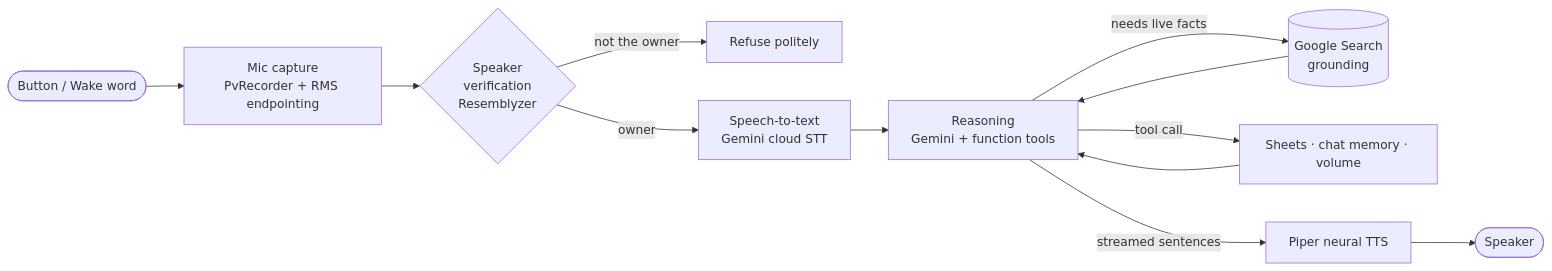
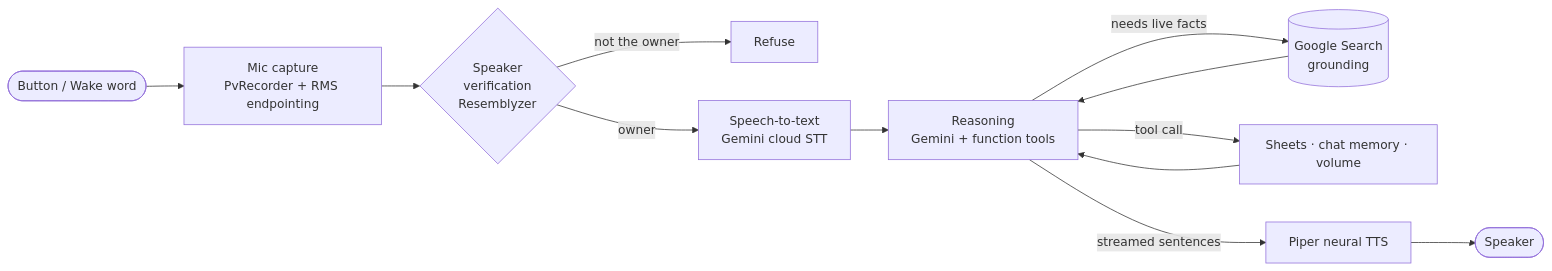
The diagram in README.md (PlaidMod/AI-Voice-Kit), drawn with Mermaid before and after one commit. The commit also changed other lines of this file, not shown here.

````diff
--- a/README.md
+++ b/README.md
@@ -111,14 +63,14 @@
 ```mermaid
 flowchart LR
     A([Button / Wake word]) --> B[Mic capture<br/>PvRecorder + RMS endpointing]
     B --> C{Speaker<br/>verification<br/>Resemblyzer}
-    C -- not the owner --> R[Refuse politely]
+    C -- not the owner --> R[Refuse]
     C -- owner --> D[Speech-to-text<br/>Gemini cloud STT]
     D --> E[Reasoning<br/>Gemini + function tools]
     E -- needs live facts --> F[(Google Search<br/>grounding)]
     F --> E
     E -- tool call --> T[Sheets · chat memory · volume]
     T --> E
     E -- streamed sentences --> G[Piper neural TTS]
     G --> H([Speaker])
 ```
````
